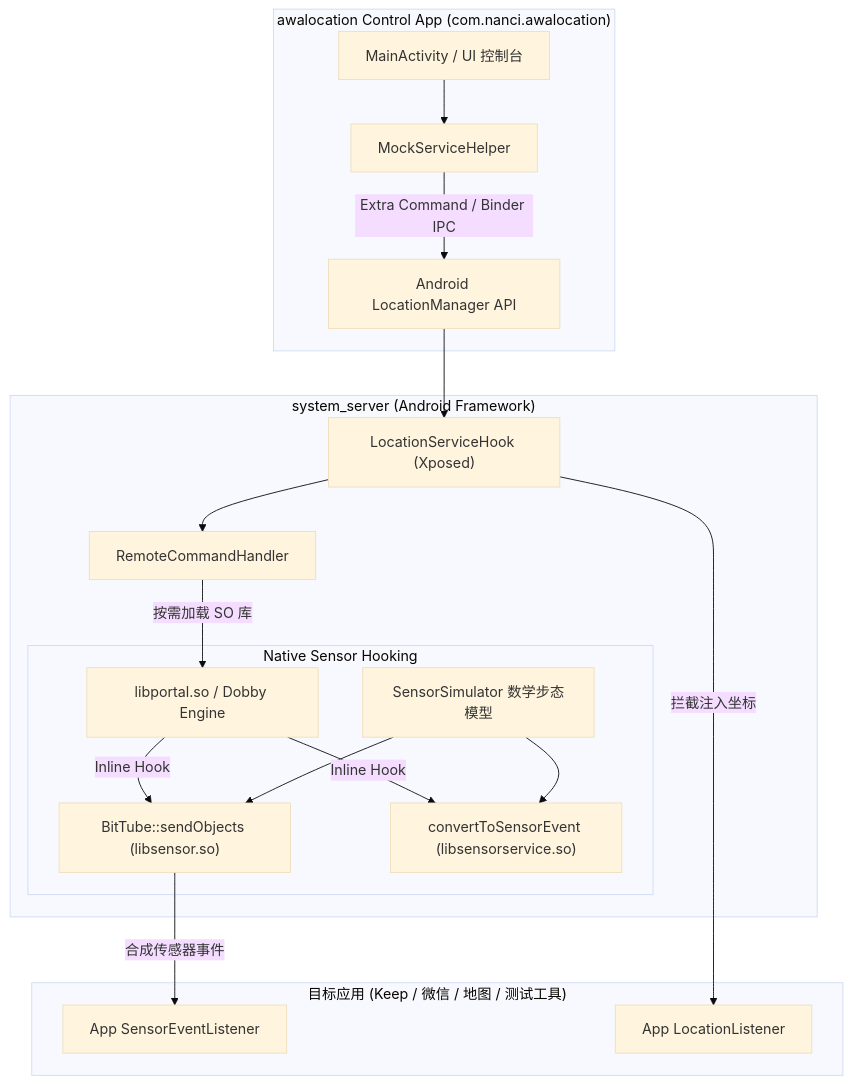
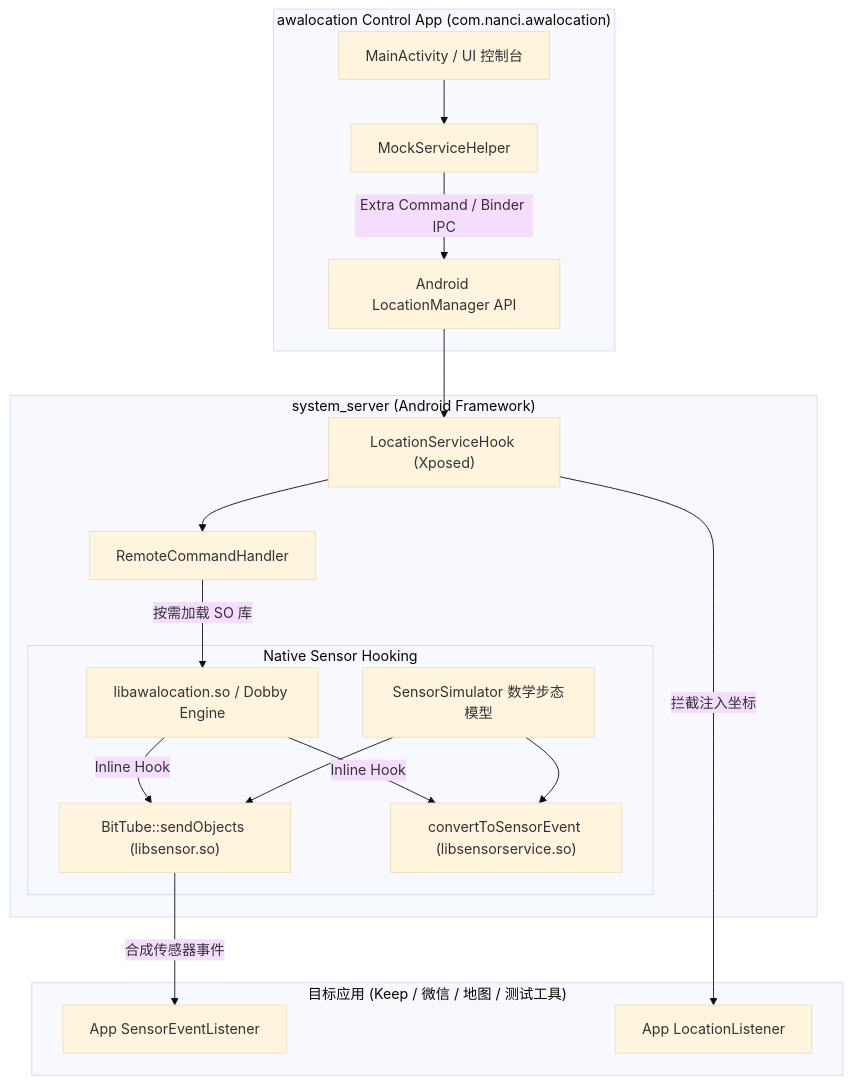
The diagram in README.md (nanci0406/awalocation), drawn with Mermaid (base theme) before and after one commit. The commit also changed other lines of this file and 122 other files, not shown here.

````diff
--- a/README.md
+++ b/README.md
@@ -68,25 +68,25 @@
 ```mermaid
 flowchart TD
     subgraph UI ["awalocation Control App (com.nanci.awalocation)"]
         A["MainActivity / UI 控制台"] --> B["MockServiceHelper"]
         B -->|"Extra Command / Binder IPC"| C["Android LocationManager API"]
     end
 
     subgraph SYSTEM_SERVER ["system_server (Android Framework)"]
         C --> D["LocationServiceHook (Xposed)"]
         D --> E["RemoteCommandHandler"]
-        E -->|"按需加载 SO 库"| F["libportal.so / Dobby Engine"]
+        E -->|"按需加载 SO 库"| F["libawalocation.so / Dobby Engine"]
         
         subgraph SENSOR_HOOK ["Native Sensor Hooking"]
             F -->|"Inline Hook"| G["BitTube::sendObjects (libsensor.so)"]
             F -->|"Inline Hook"| H["convertToSensorEvent (libsensorservice.so)"]
             I["SensorSimulator 数学步态模型"] --> G
             I --> H
         end
     end
 
     subgraph APPS ["目标应用 (Keep / 微信 / 地图 / 测试工具)"]
         G -->|"合成传感器事件"| J["App SensorEventListener"]
         D -->|"拦截注入坐标"| K["App LocationListener"]
     end
 ```
````
